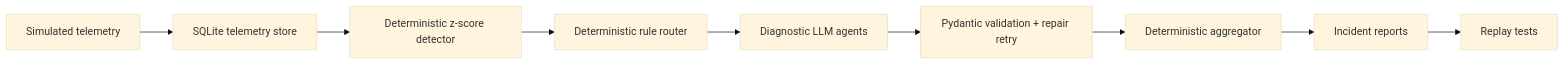
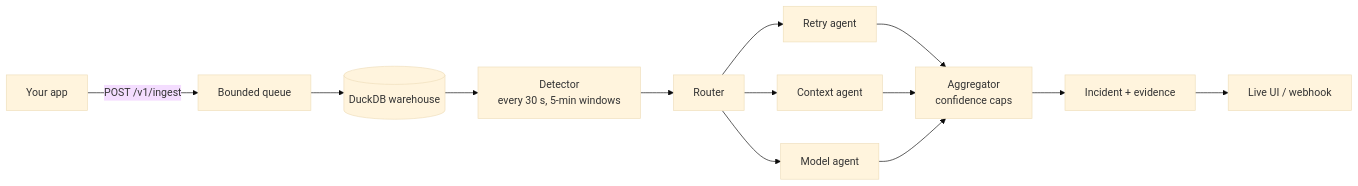
One commit to prathameshk421/LLM_Cost_Investigator changed the diagram in README.md. Above: the diagram before and after it, drawn with Mermaid (base theme). The commit also changed other lines of this file and 1 other file, not shown here.

````diff
--- a/README.md
+++ b/README.md
@@ -63,11 +107,13 @@
 ```mermaid
 flowchart LR
-  A[Simulated telemetry] --> H[SQLite telemetry store]
-  H --> B[Deterministic z-score detector]
-  B --> C[Deterministic rule router]
-  C --> D[Diagnostic LLM agents]
-  D --> E[Pydantic validation + repair retry]
-  E --> F[Deterministic aggregator]
-  F --> G[Incident reports]
-  G --> I[Replay tests]
+  A[Your app] -->|POST /v1/ingest| Q[Bounded queue]
+  Q --> W[(DuckDB warehouse)]
+  W --> D[Detector<br/>every 30 s, 5-min windows]
+  D --> R[Router]
+  R --> A1[Retry agent]
+  R --> A2[Context agent]
+  R --> A3[Model agent]
+  A1 & A2 & A3 --> G[Aggregator<br/>confidence caps]
+  G --> I[Incident + evidence]
+  I --> UI[Live UI / webhook]
 ```
````
